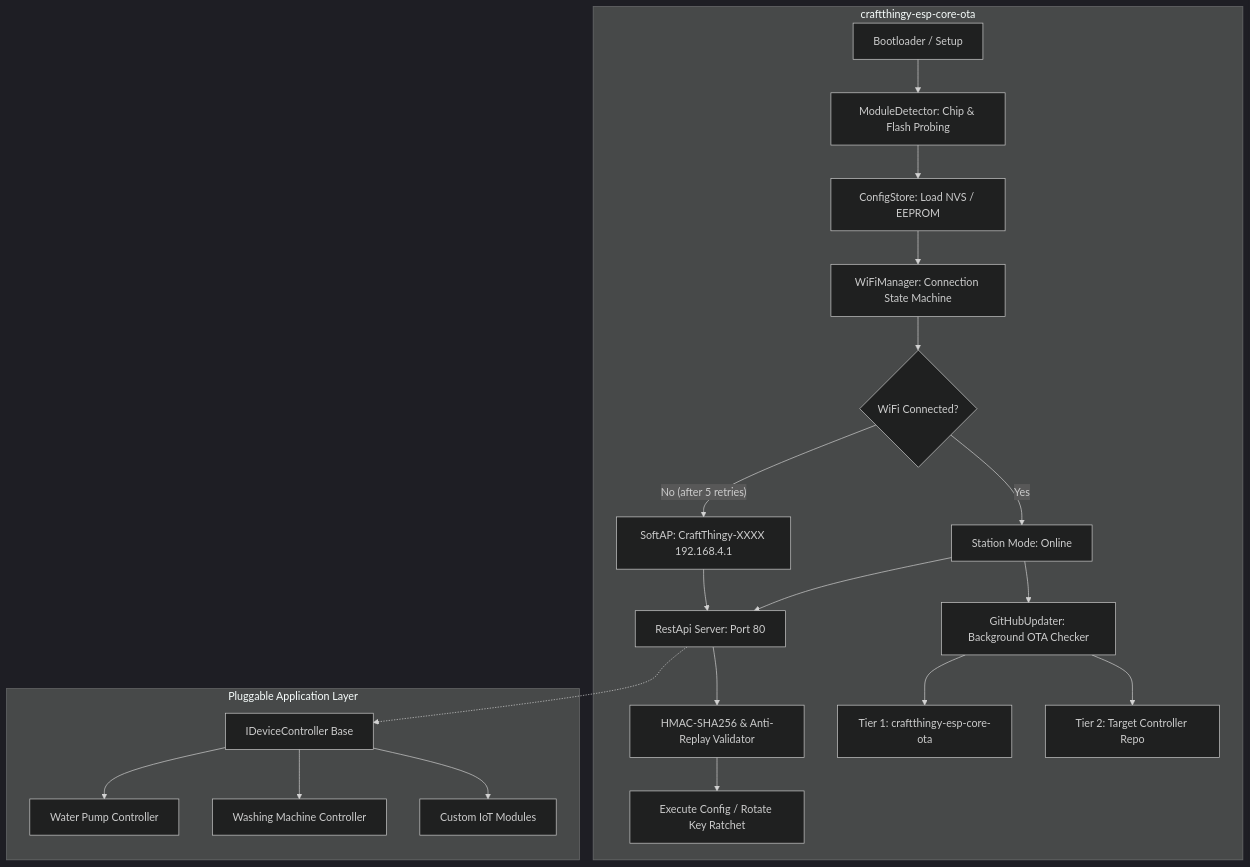
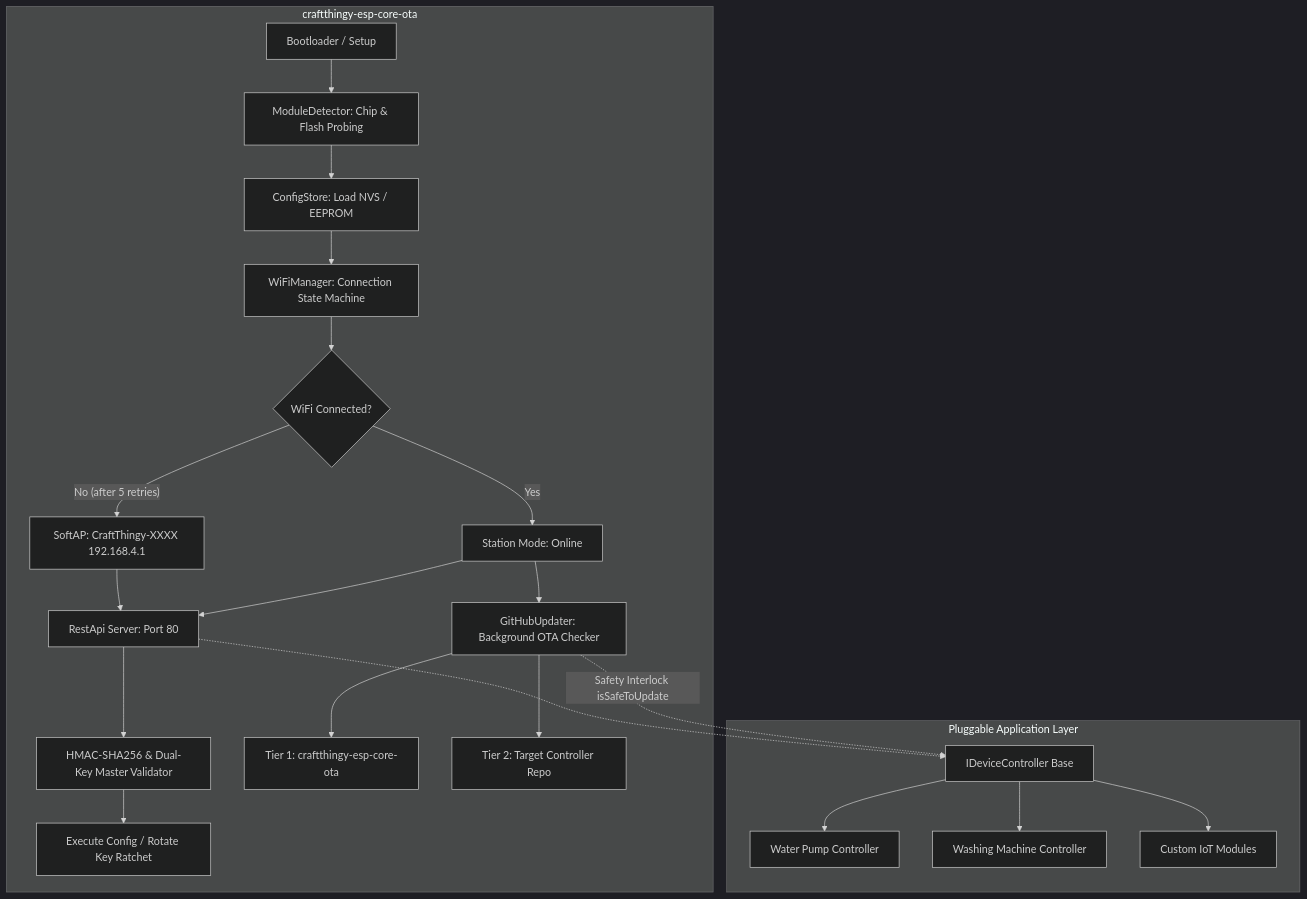
The diagram in README.md (CraftThingy-Digital-Innovation/craftthingy-esp-core-ota), drawn with Mermaid (dark theme) before and after one commit. The commit also changed other lines of this file and 2 other files, not shown here.

````diff
--- a/README.md
+++ b/README.md
@@ -30,24 +34,25 @@
 ```mermaid
 graph TD
     subgraph Core Subsystems [craftthingy-esp-core-ota]
         A[Bootloader / Setup] --> B[ModuleDetector: Chip & Flash Probing]
         B --> C[ConfigStore: Load NVS / EEPROM]
         C --> D[WiFiManager: Connection State Machine]
         D --> E{WiFi Connected?}
         E -- No (after 5 retries) --> F[SoftAP: CraftThingy-XXXX 192.168.4.1]
         E -- Yes --> G[Station Mode: Online]
         F --> H[RestApi Server: Port 80]
         G --> H
-        H --> I[HMAC-SHA256 & Anti-Replay Validator]
+        H --> I[HMAC-SHA256 & Dual-Key Master Validator]
         I --> J[Execute Config / Rotate Key Ratchet]
         G --> K[GitHubUpdater: Background OTA Checker]
         K --> L[Tier 1: craftthingy-esp-core-ota]
         K --> M[Tier 2: Target Controller Repo]
     end
     subgraph Pluggable Application Layer
         N[IDeviceController Base] --> O[Water Pump Controller]
         N --> P[Washing Machine Controller]
         N --> Q[Custom IoT Modules]
     end
     H -.-> N
+    K -.->|Safety Interlock isSafeToUpdate| N
 ```
````
